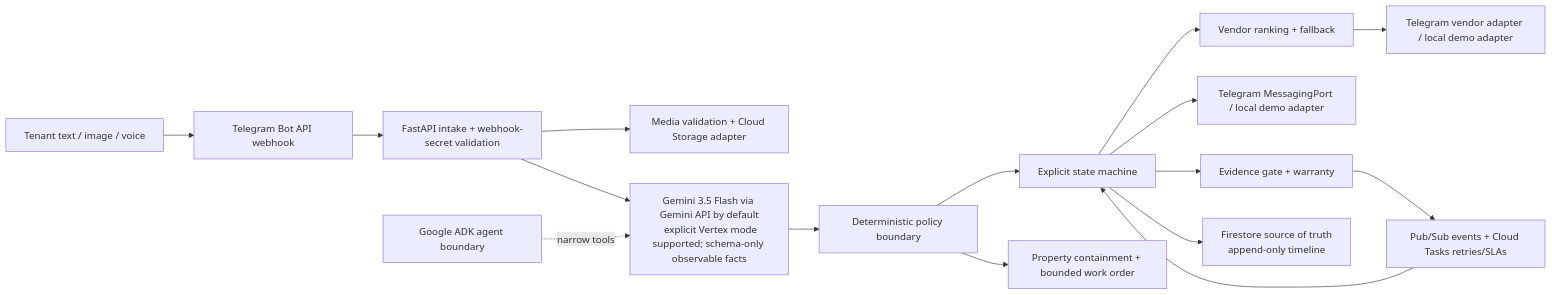
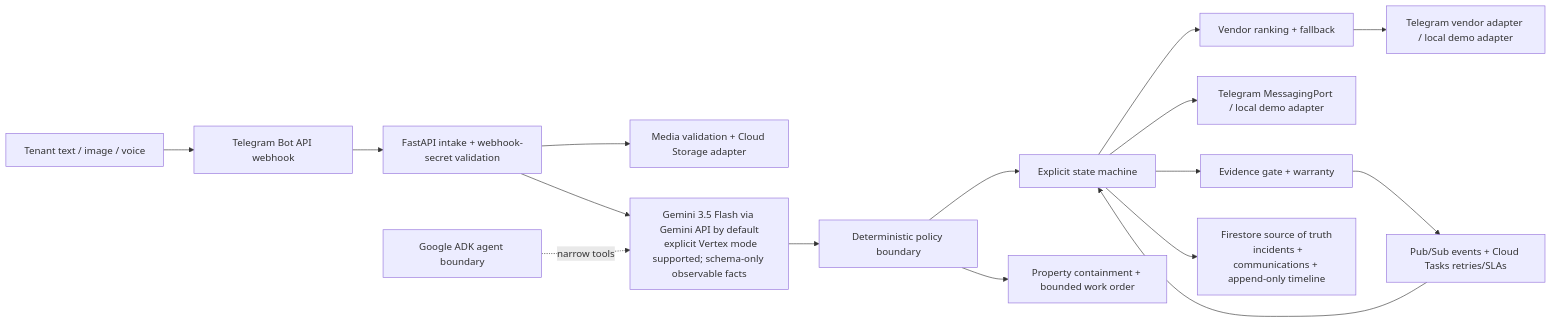
The diagram in docs/architecture.md (liisheng/ATA-No-More-Buckets), drawn with Mermaid before and after one commit. The commit also changed other lines of this file and 28 other files, not shown here.

````diff
--- a/docs/architecture.md
+++ b/docs/architecture.md
@@ -3,20 +3,20 @@
 ```mermaid
 flowchart LR
   T[Tenant text / image / voice] --> TG[Telegram Bot API webhook]
   TG --> A[FastAPI intake + webhook-secret validation]
   A --> M[Media validation + Cloud Storage adapter]
   A --> X[Gemini 3.5 Flash via Gemini API by default
   explicit Vertex mode supported; schema-only observable facts]
   X --> P[Deterministic policy boundary]
   P --> S[Explicit state machine]
   P --> C[Property containment + bounded work order]
   S --> F[Vendor ranking + fallback]
   F --> V[Telegram vendor adapter / local demo adapter]
   S --> N[Telegram MessagingPort / local demo adapter]
   S --> E[Evidence gate + warranty]
   S --> D[Firestore source of truth
-  append-only timeline]
+  incidents + communications + append-only timeline]
   E --> Q[Pub/Sub events + Cloud Tasks retries/SLAs]
   Q --> S
   ADK[Google ADK agent boundary] -. narrow tools .-> X
 ```
````
